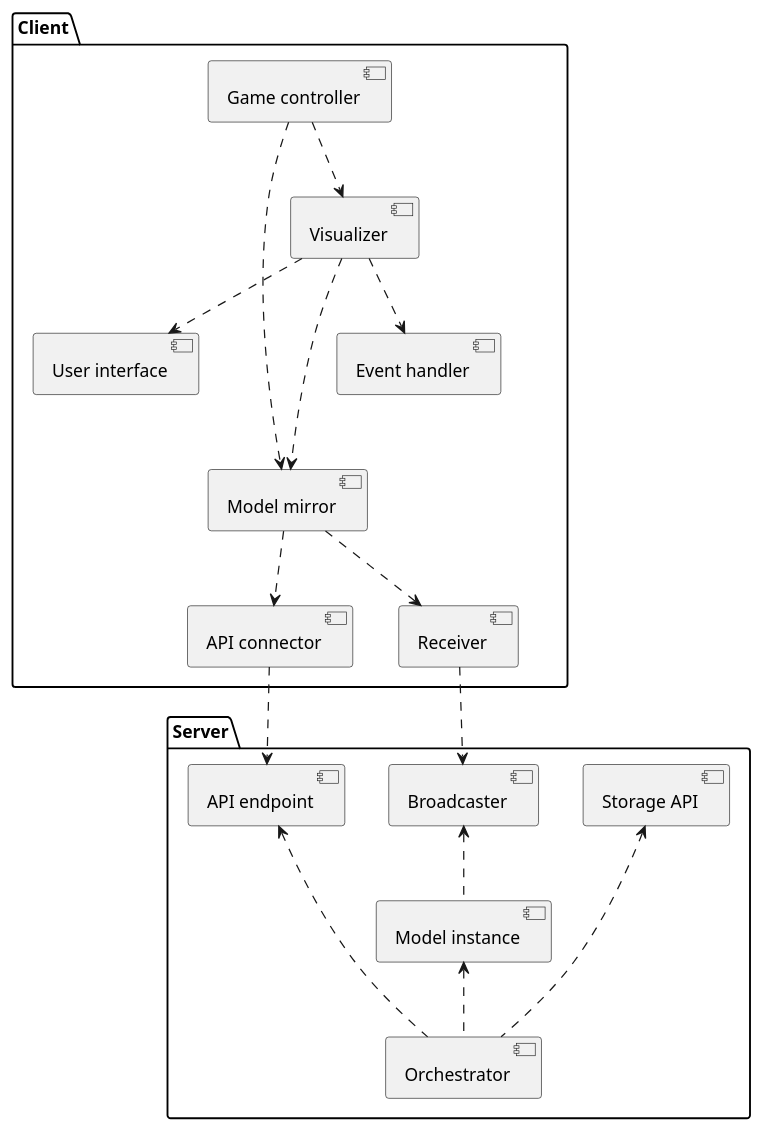
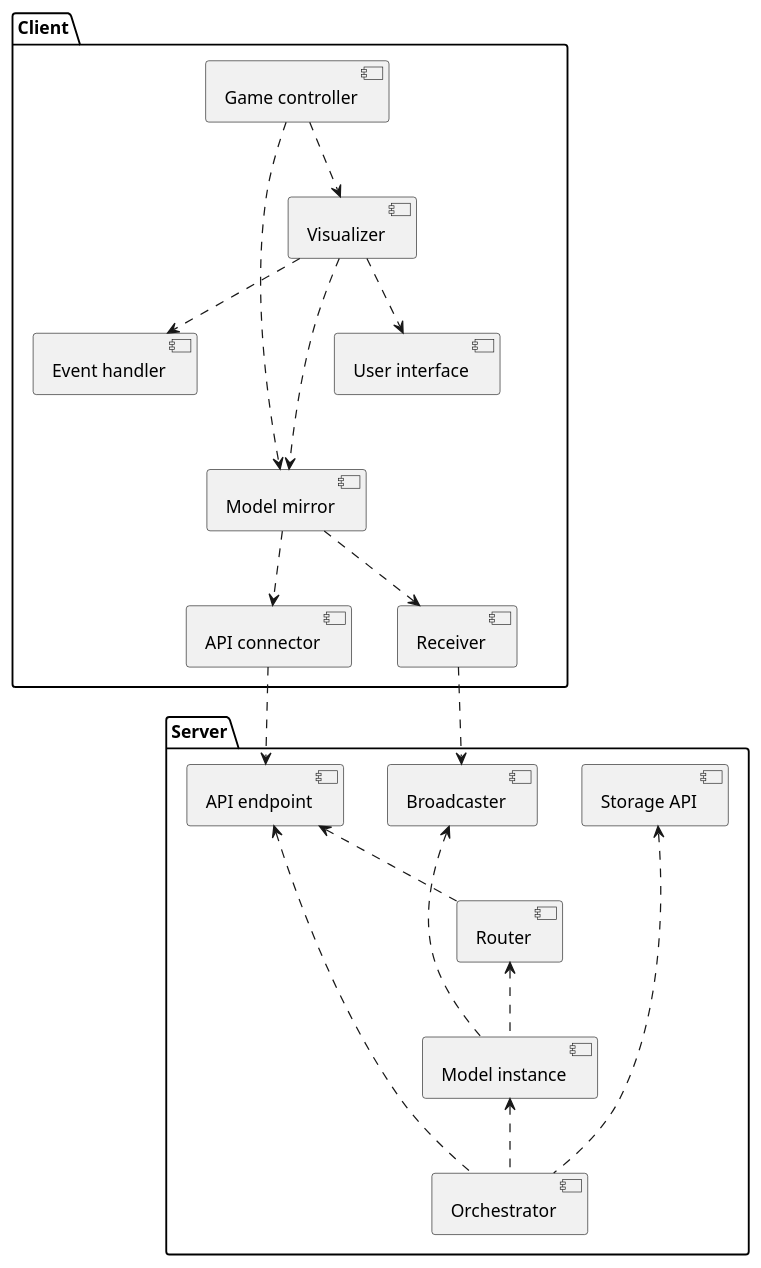
The diagram in Development/Component/ClientServer.puml (SWA-group-1/PlantUML), drawn with PlantUML before and after one commit. The commit also changed 5 other files, not shown here.

```diff
--- a/Development/Component/ClientServer.puml
+++ b/Development/Component/ClientServer.puml
@@ -1,47 +1,53 @@
 @startuml
 'https://plantuml.com/component-diagram
 
 package "Server" {
     component "API endpoint" as endpoint
     component "Broadcaster" as broadcaster
+    component "Router" as router
     component "Model instance" as model
     component "Orchestrator" as orchestrator
     component "Storage API" as storage
 
     orchestrator .up.> endpoint
     orchestrator .up.> model
     orchestrator .up.> storage
-    model -[hidden]up- endpoint
+    model .up.> router
     model .up.> broadcaster
     model -[hidden]up- storage
+    router -[hidden]up- broadcaster
+    router -[hidden]up- storage
+    router .down.> endpoint
+    endpoint -[hidden]right- broadcaster
+    broadcaster -[hidden]right- storage
 }
 
 package "Client" {
     component "Event handler" as event
     component "Game controller" as controller
     component "Model mirror" as mirror
     component "Receiver" as receiver
     component "API connector" as connector
     component "Visualizer" as visualizer
     component "User interface" as ui
 
     controller .down.> visualizer
     controller .down.> mirror
     visualizer .down.> event
     visualizer .down.> mirror
     visualizer -[hidden]down- receiver
     visualizer .down.> ui
     event -[hidden]- mirror
     event -[hidden]- receiver
     event -[hidden]- connector
     ui -[hidden]- mirror
     ui -[hidden]- receiver
     ui -[hidden]- connector
     mirror ..> connector
     mirror ..> receiver
 }
 
 receiver ..> broadcaster
 connector ..> endpoint
 
 @enduml
```
